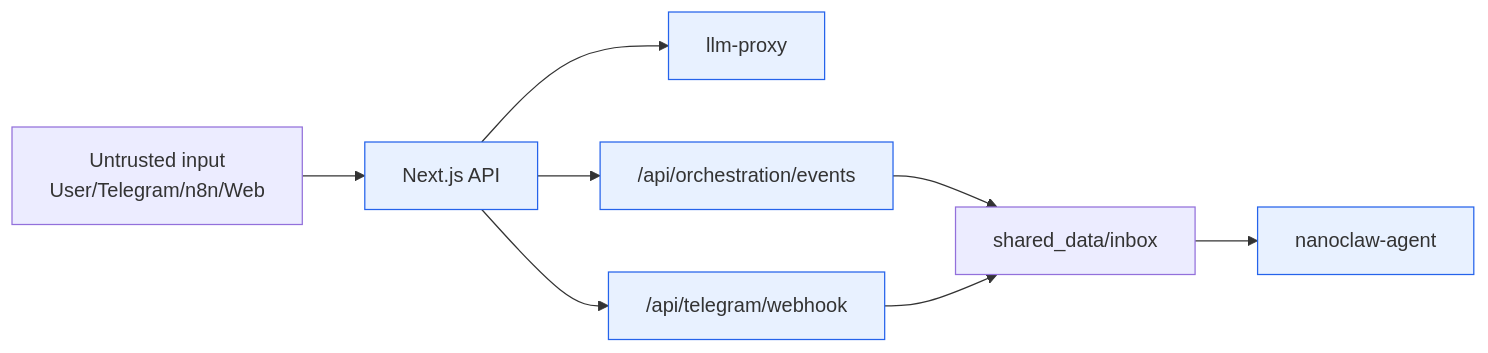
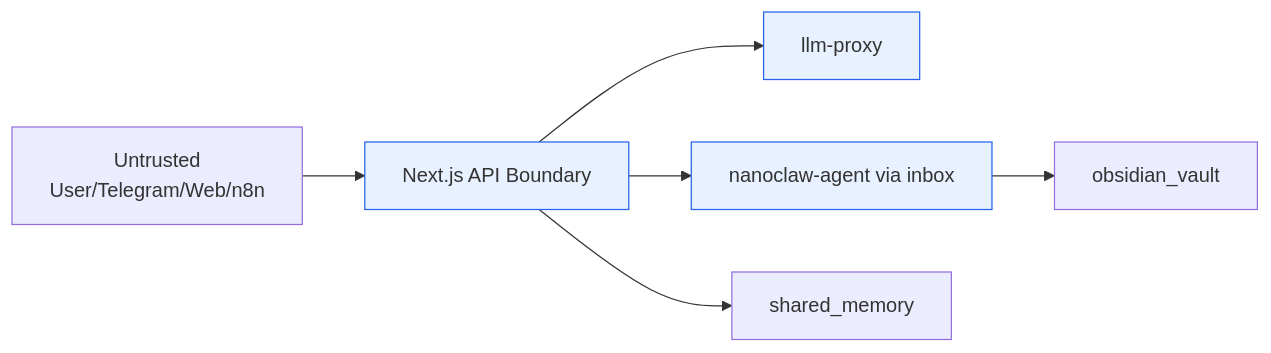
Before and after one commit to Merchantlee99/Personal-AI-agent-v2: the first of 4 diagrams in docs/SECURITY_BASELINE.md, drawn with Mermaid. The commit also changed other lines of this file and 43 other files, not shown here.

````diff
--- a/docs/SECURITY_BASELINE.md
+++ b/docs/SECURITY_BASELINE.md
@@ -15,13 +26,12 @@
 ```mermaid
 flowchart LR
-  EXT["Untrusted input\nUser/Telegram/n8n/Web"] --> API["Next.js API"]
+  EXT["Untrusted\nUser/Telegram/Web/n8n"] --> API["Next.js API Boundary"]
   API --> PX["llm-proxy"]
-  API --> ORCH["/api/orchestration/events"]
-  API --> TGCB["/api/telegram/webhook"]
-  ORCH --> INBOX["shared_data/inbox"]
-  TGCB --> INBOX
-  INBOX --> AG["nanoclaw-agent"]
+  API --> AGT["nanoclaw-agent via inbox"]
+
+  API --> MEM["shared_memory"]
+  AGT --> VAULT["obsidian_vault"]
 
   classDef trusted fill:#e8f1ff,stroke:#2563eb,stroke-width:1px;
-  class API,PX,ORCH,TGCB,AG trusted;
+  class API,PX,AGT trusted;
 ```
````
